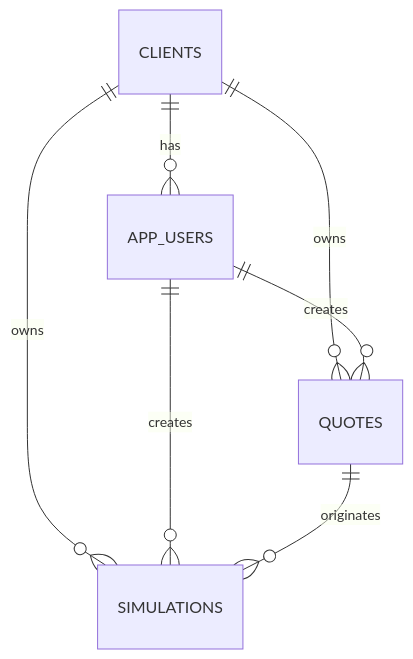
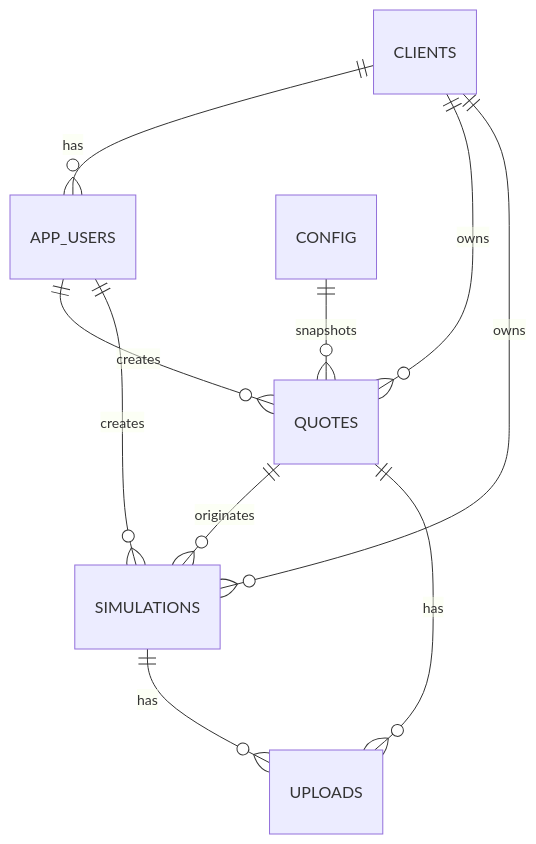
One commit to globalrpx/calculadora changed the diagram in docs/DATABASE_MODEL.md. Above: the diagram before and after it, drawn with Mermaid. The commit also changed other lines of this file and 34 other files, not shown here.

````diff
--- a/docs/DATABASE_MODEL.md
+++ b/docs/DATABASE_MODEL.md
@@ -28,9 +30,12 @@
 ```mermaid
 erDiagram
   CLIENTS ||--o{ APP_USERS : has
   CLIENTS ||--o{ QUOTES : owns
   CLIENTS ||--o{ SIMULATIONS : owns
   APP_USERS ||--o{ QUOTES : creates
   APP_USERS ||--o{ SIMULATIONS : creates
   QUOTES ||--o{ SIMULATIONS : originates
+  QUOTES ||--o{ UPLOADS : has
+  SIMULATIONS ||--o{ UPLOADS : has
+  CONFIG ||--o{ QUOTES : snapshots
 ```
````
